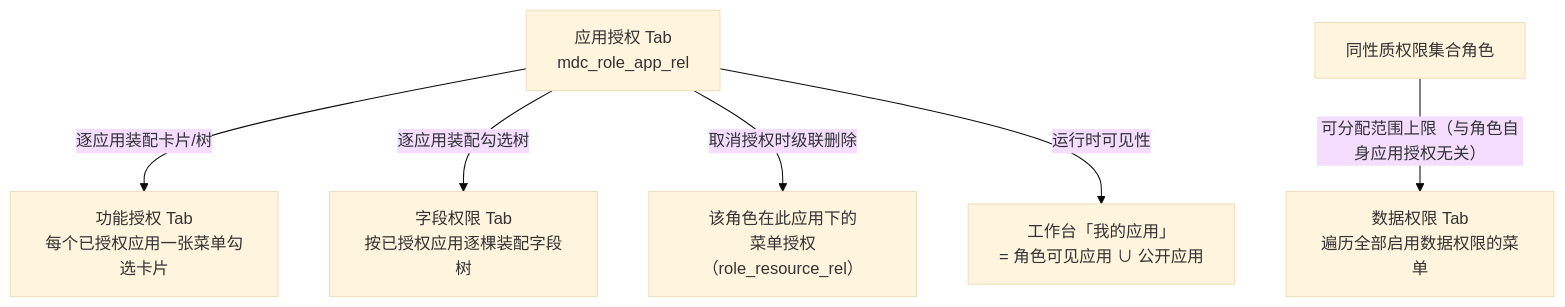
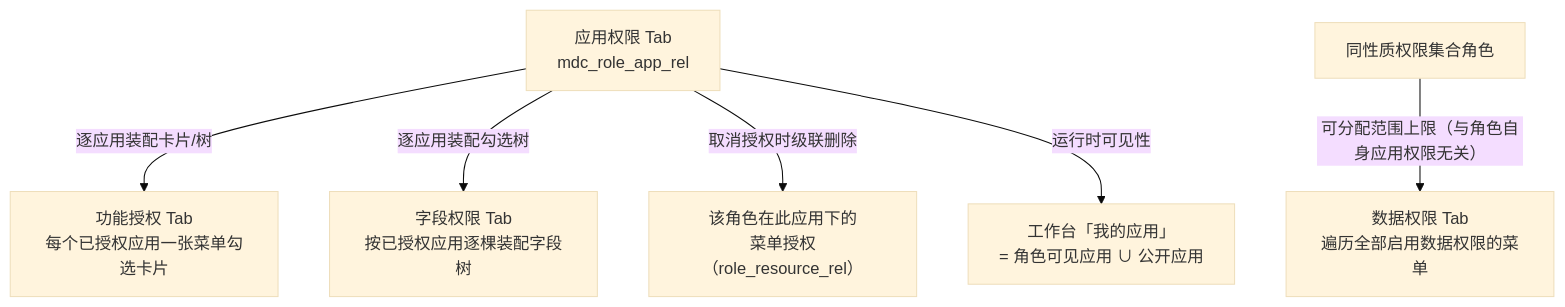
The second of 2 diagrams in src/doc/advanced/角色管理.md (henhen6/mdp-docs), drawn with Mermaid (base theme) before and after one commit. The commit also changed other lines of this file, not shown here.

First line of the commit message:
docs(role): 优化角色管理文档内容与格式

````diff
--- a/src/doc/advanced/角色管理.md
+++ b/src/doc/advanced/角色管理.md
@@ -104,8 +111,8 @@
 ```mermaid
 flowchart TB
-    APP["应用授权 Tab<br/>mdc_role_app_rel"] -->|"逐应用装配卡片/树"| FUNC["功能授权 Tab<br/>每个已授权应用一张菜单勾选卡片"]
+    APP["应用权限 Tab<br/>mdc_role_app_rel"] -->|"逐应用装配卡片/树"| FUNC["功能授权 Tab<br/>每个已授权应用一张菜单勾选卡片"]
     APP -->|"逐应用装配勾选树"| FIELD["字段权限 Tab<br/>按已授权应用逐棵装配字段树"]
     APP -->|"取消授权时级联删除"| CASCADE["该角色在此应用下的<br/>菜单授权（role_resource_rel）"]
     APP -->|"运行时可见性"| WORKBENCH["工作台「我的应用」<br/>= 角色可见应用 ∪ 公开应用"]
-    COLL["同性质权限集合角色"] -->|"可分配范围上限（与角色自身应用授权无关）"| DATA["数据权限 Tab<br/>遍历全部启用数据权限的菜单"]
+    COLL["同性质权限集合角色"] -->|"可分配范围上限（与角色自身应用权限无关）"| DATA["数据权限 Tab<br/>遍历全部启用数据权限的菜单"]
 ```
````
